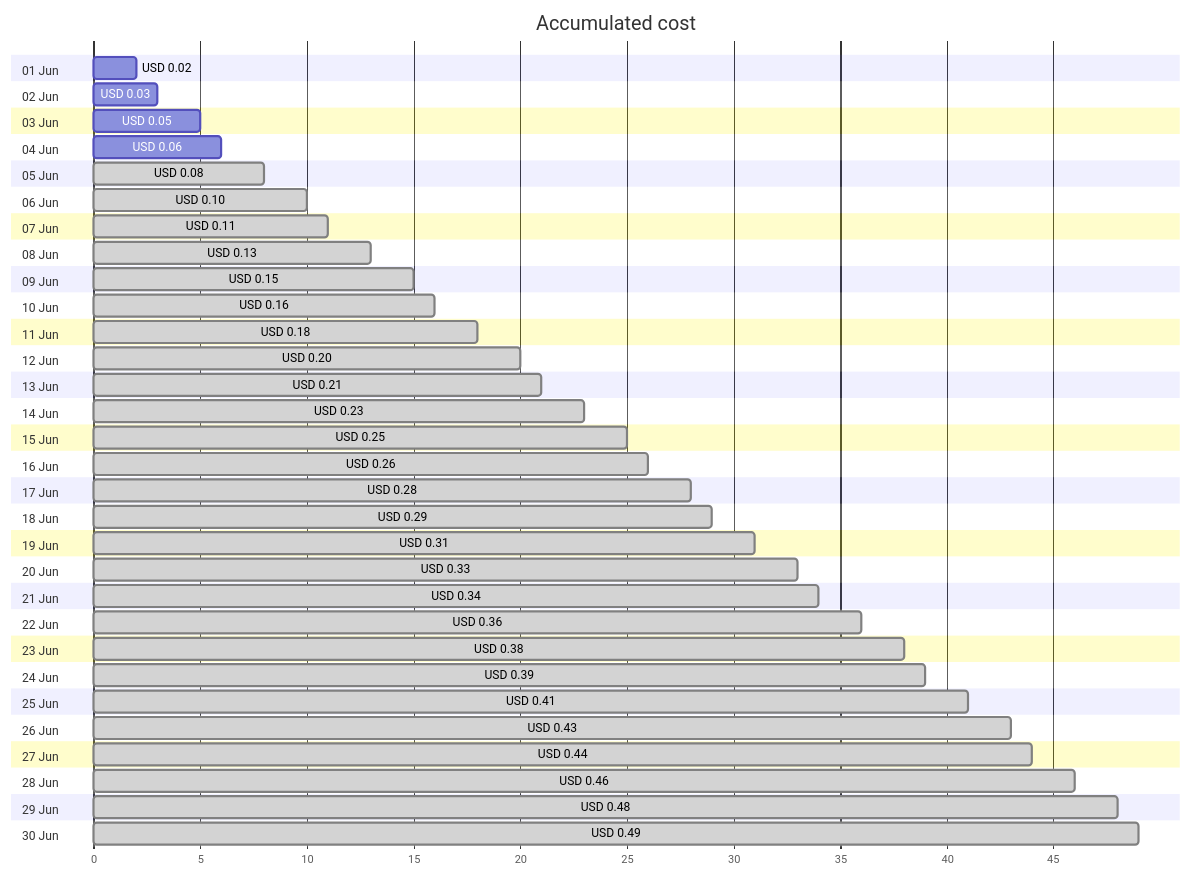
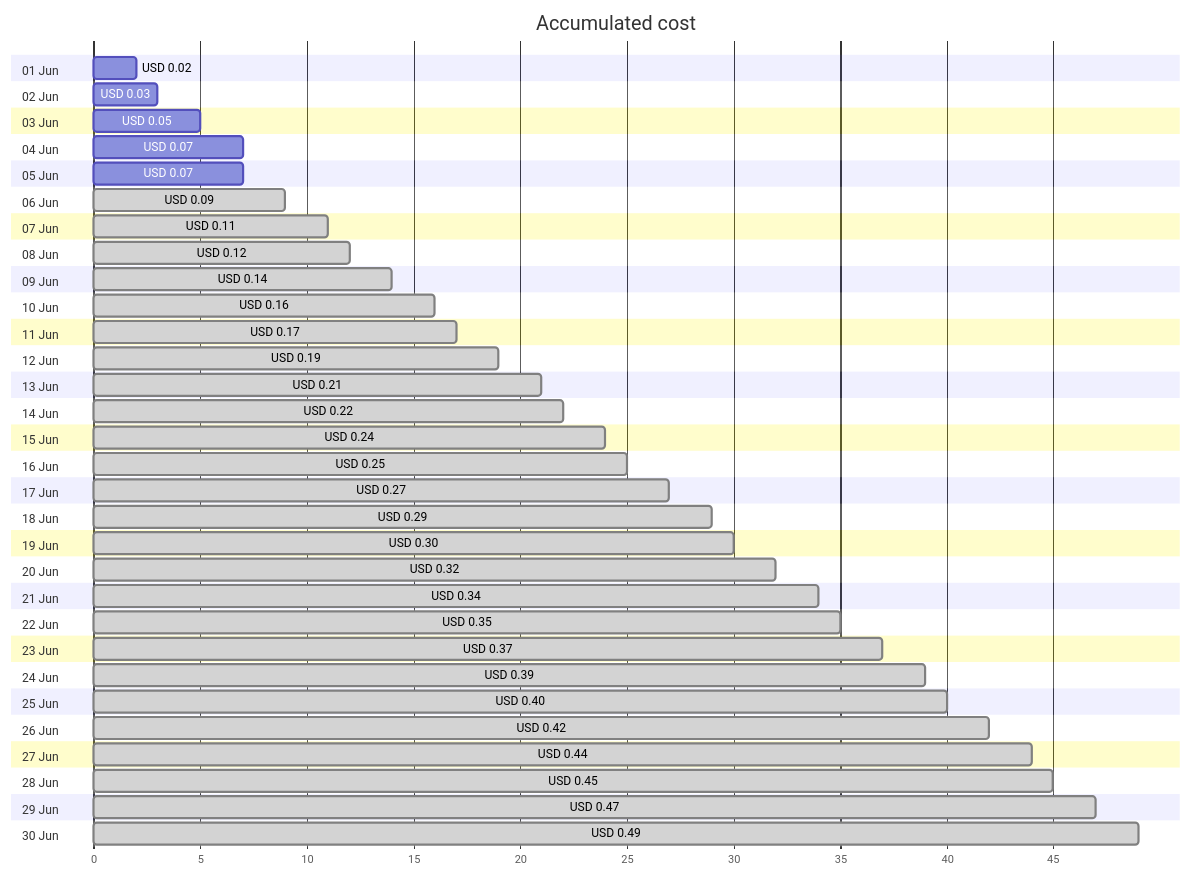
The first of 4 diagrams in cost-reports/personal-dns/jpatrickfulton.dev.md (jpfulton/azure-personal-reports), drawn with Mermaid before and after one commit. The commit also changed other lines of this file and 2 other files, not shown here.

Commit message:
Generated reports [skip ci]

````diff
--- a/cost-reports/personal-dns/jpatrickfulton.dev.md
+++ b/cost-reports/personal-dns/jpatrickfulton.dev.md
@@ -20,66 +20,66 @@
 ```mermaid
 gantt
    title Accumulated cost
    dateFormat  X
    axisFormat %s
    section 01 Jun
    USD 0.02 :0, 2
    section 02 Jun
    USD 0.03 :0, 3
    section 03 Jun
    USD 0.05 :0, 5
    section 04 Jun
-   USD 0.06 :0, 6
+   USD 0.07 :0, 7
    section 05 Jun
-   USD 0.08 : done, 0, 8
+   USD 0.07 :0, 7
    section 06 Jun
-   USD 0.10 : done, 0, 10
+   USD 0.09 : done, 0, 9
    section 07 Jun
    USD 0.11 : done, 0, 11
    section 08 Jun
-   USD 0.13 : done, 0, 13
+   USD 0.12 : done, 0, 12
    section 09 Jun
-   USD 0.15 : done, 0, 15
+   USD 0.14 : done, 0, 14
    section 10 Jun
    USD 0.16 : done, 0, 16
    section 11 Jun
-   USD 0.18 : done, 0, 18
+   USD 0.17 : done, 0, 17
    section 12 Jun
-   USD 0.20 : done, 0, 20
+   USD 0.19 : done, 0, 19
    section 13 Jun
    USD 0.21 : done, 0, 21
    section 14 Jun
-   USD 0.23 : done, 0, 23
+   USD 0.22 : done, 0, 22
    section 15 Jun
+   USD 0.24 : done, 0, 24
+   section 16 Jun
    USD 0.25 : done, 0, 25
-   section 16 Jun
-   USD 0.26 : done, 0, 26
    section 17 Jun
-   USD 0.28 : done, 0, 28
+   USD 0.27 : done, 0, 27
    section 18 Jun
    USD 0.29 : done, 0, 29
    section 19 Jun
-   USD 0.31 : done, 0, 31
+   USD 0.30 : done, 0, 30
    section 20 Jun
-   USD 0.33 : done, 0, 33
+   USD 0.32 : done, 0, 32
    section 21 Jun
    USD 0.34 : done, 0, 34
    section 22 Jun
-   USD 0.36 : done, 0, 36
+   USD 0.35 : done, 0, 35
    section 23 Jun
-   USD 0.38 : done, 0, 38
+   USD 0.37 : done, 0, 37
    section 24 Jun
    USD 0.39 : done, 0, 39
    section 25 Jun
-   USD 0.41 : done, 0, 41
+   USD 0.40 : done, 0, 40
    section 26 Jun
-   USD 0.43 : done, 0, 43
+   USD 0.42 : done, 0, 42
    section 27 Jun
    USD 0.44 : done, 0, 44
    section 28 Jun
-   USD 0.46 : done, 0, 46
+   USD 0.45 : done, 0, 45
    section 29 Jun
-   USD 0.48 : done, 0, 48
+   USD 0.47 : done, 0, 47
    section 30 Jun
    USD 0.49 : done, 0, 49
 ```
````
